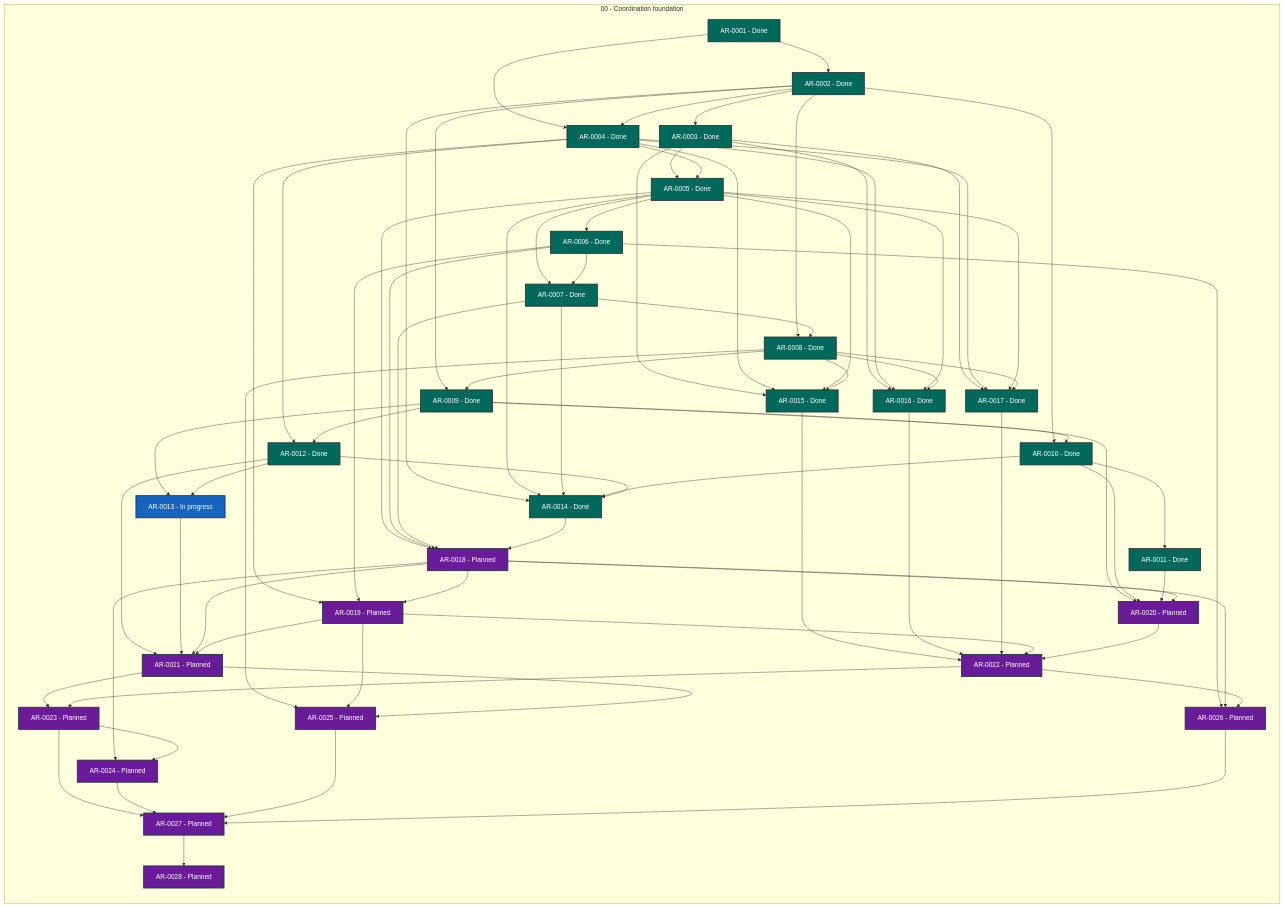
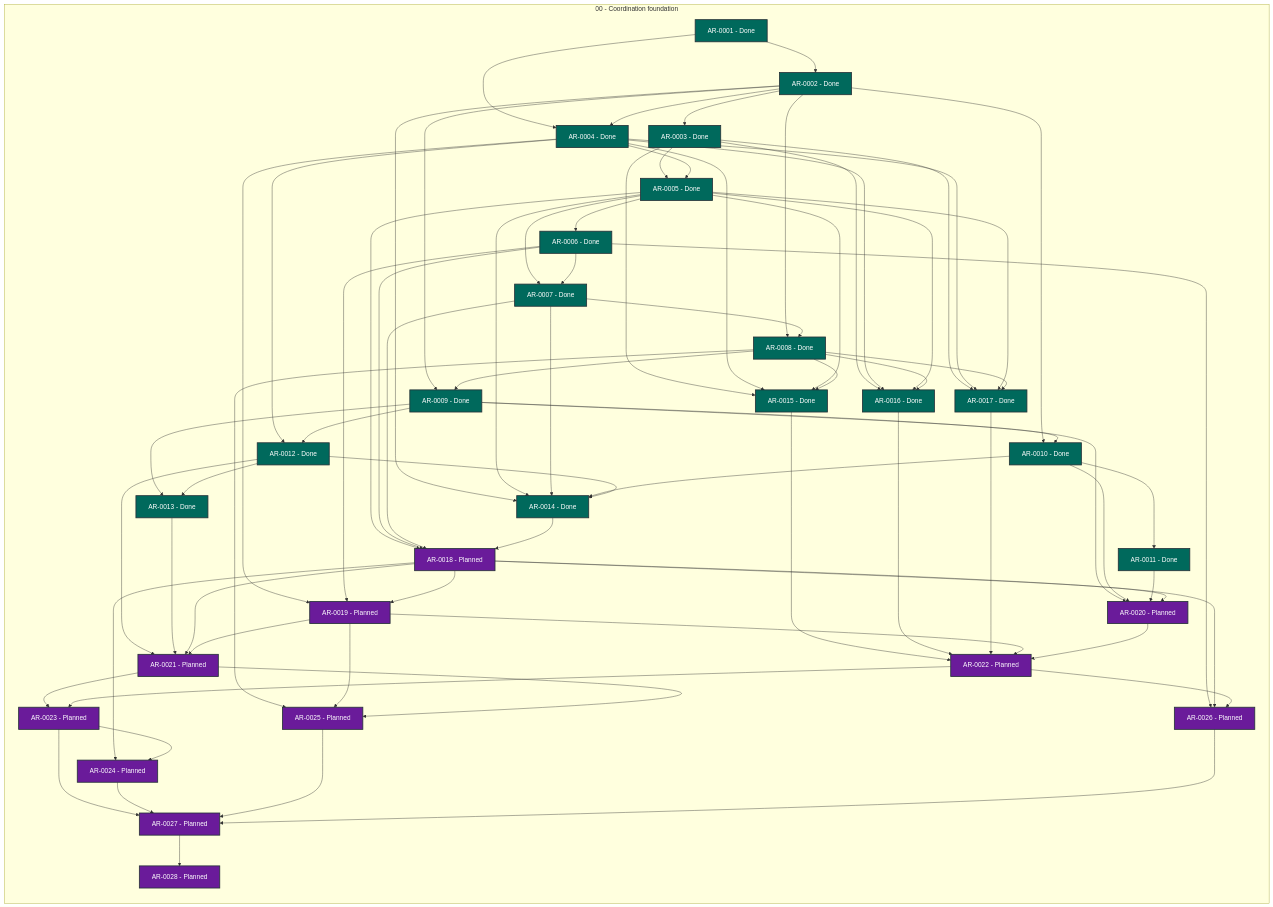
One commit to martin-beck/agent-workflow-runtime-state changed the diagram in STATUS.md. Above: the diagram before and after it, drawn with Mermaid. The commit also changed other lines of this file and 2 other files, not shown here.

```diff
--- a/STATUS.md
+++ b/STATUS.md
@@ -40,7 +40,7 @@
         AR_0010["AR-0010 - Done"]:::status_done
         AR_0011["AR-0011 - Done"]:::status_done
         AR_0012["AR-0012 - Done"]:::status_done
-        AR_0013["AR-0013 - In progress"]:::status_in_progress
+        AR_0013["AR-0013 - Done"]:::status_done
         AR_0014["AR-0014 - Done"]:::status_done
         AR_0015["AR-0015 - Done"]:::status_done
         AR_0016["AR-0016 - Done"]:::status_done
```
